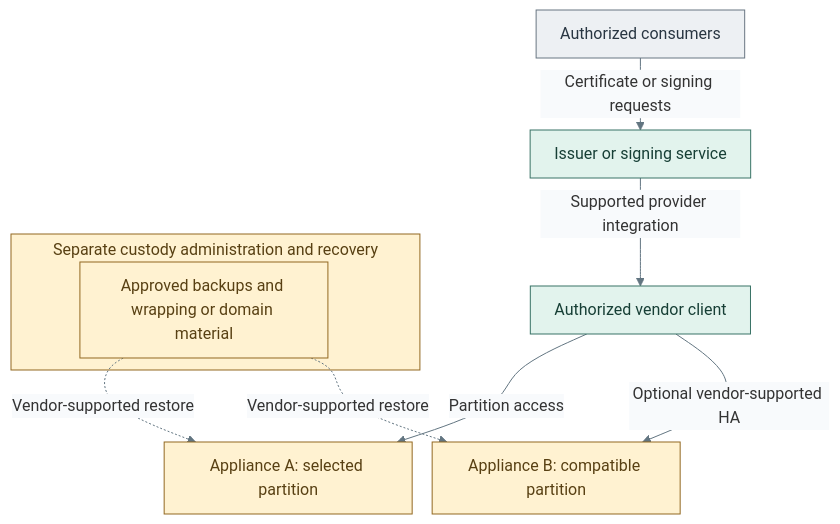
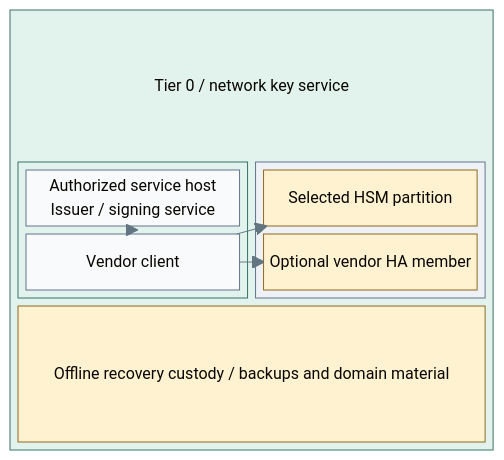
Before and after one commit to Rexus/homelab: the fourth of 4 diagrams in docs/architecture/cryptography/hsm-selection.md, drawn with Mermaid. The commit also changed other lines of this file and 22 other files, not shown here.

Commit message:
docs(diagrams): clarify tier boundaries and deployment layouts

````diff
--- a/docs/architecture/cryptography/hsm-selection.md
+++ b/docs/architecture/cryptography/hsm-selection.md
@@ -141,20 +160,32 @@
 ```mermaid
 %%{init: {"theme":"base","flowchart":{"nodeSpacing":20,"rankSpacing":24,"padding":12,"subGraphTitleMargin":{"top":4,"bottom":12}},"themeVariables":{"lineColor":"#627581","edgeLabelBackground":"#f8fafc"}}}%%
-flowchart TB
-  Consumers["Authorized consumers"] -->|Certificate or signing requests| Service["Issuer or signing service"]
-  Service -->|Supported provider integration| Client["Authorized vendor client"]
-  Client -->|Partition access| PartitionA["Appliance A: selected partition"]
-  Client -->|Optional vendor-supported HA| PartitionB["Appliance B: compatible partition"]
-  subgraph Custody["Separate custody administration and recovery"]
-    Recovery["Approved backups and wrapping or domain material"]
+block-beta
+  columns 1
+  block:T0
+    columns 2
+    T0Title["Tier 0 / network key service"]:2
+    block:Host
+      columns 1
+      Service["Authorized service host<br/>Issuer / signing service"]
+      Client["Vendor client"]
+    end
+    block:Appliances
+      columns 1
+      PartitionA["Selected HSM partition"]
+      PartitionB["Optional vendor HA member"]
+    end
+    Recovery["Offline recovery custody / backups and domain material"]:2
   end
-  Recovery -. "Vendor-supported restore" .-> PartitionA
-  Recovery -. "Vendor-supported restore" .-> PartitionB
+  Service --> Client
+  Client --> PartitionA
+  Client --> PartitionB
   classDef default fill:#f8fafc,stroke:#64748b,color:#1f2937
-  classDef actor fill:#edf0f3,stroke:#697682,color:#293642
   classDef control fill:#e2f3ed,stroke:#397366,color:#173f36
+  classDef controlHeading fill:#e2f3ed,stroke:#e2f3ed,color:#173f36
+  classDef boundary fill:#eef2f6,stroke:#64748b,color:#1f2937
   classDef custody fill:#fff2d1,stroke:#926820,color:#584013
-  class Consumers actor
-  class Service,Client control
-  class PartitionA,PartitionB,Custody,Recovery custody
+  class T0,Host control
+  class T0Title controlHeading
+  class Appliances boundary
+  class PartitionA,PartitionB,Recovery custody
 ```
````
